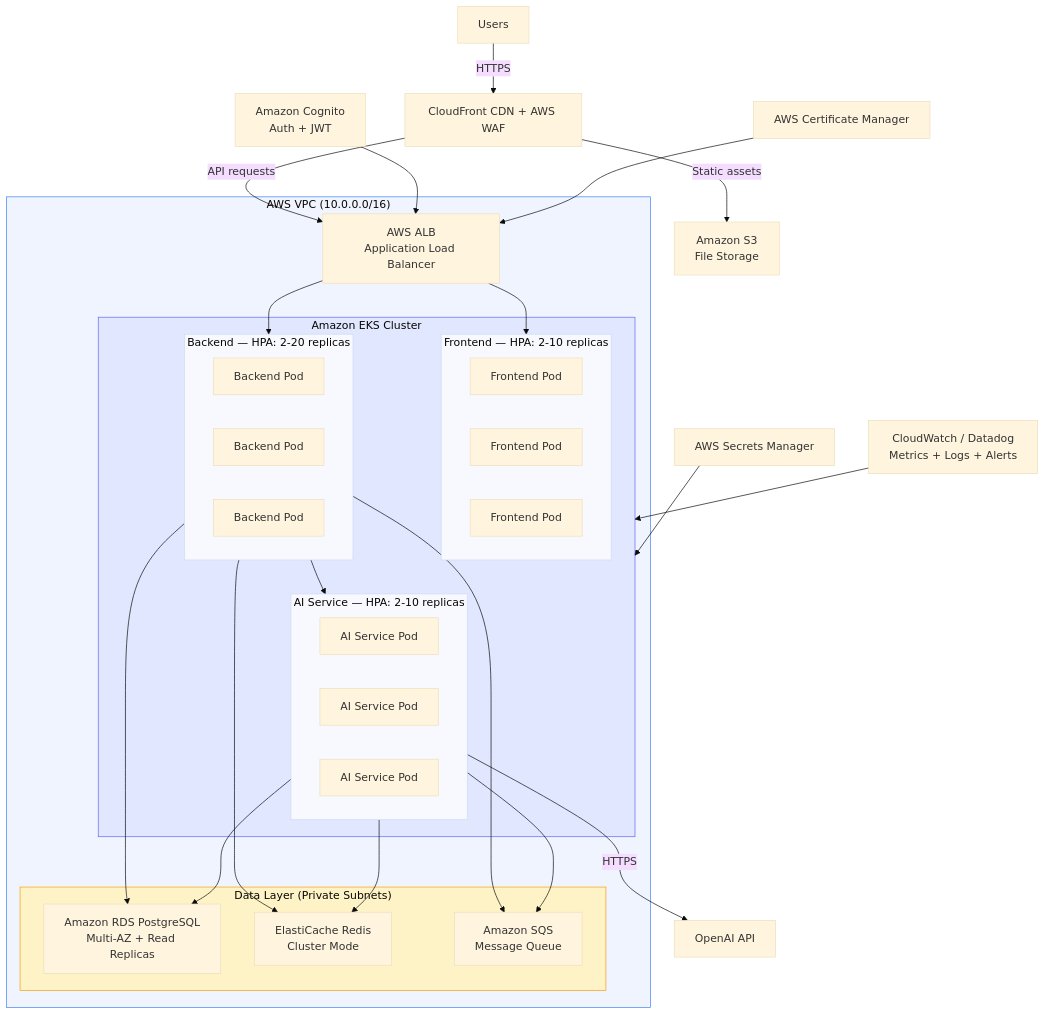
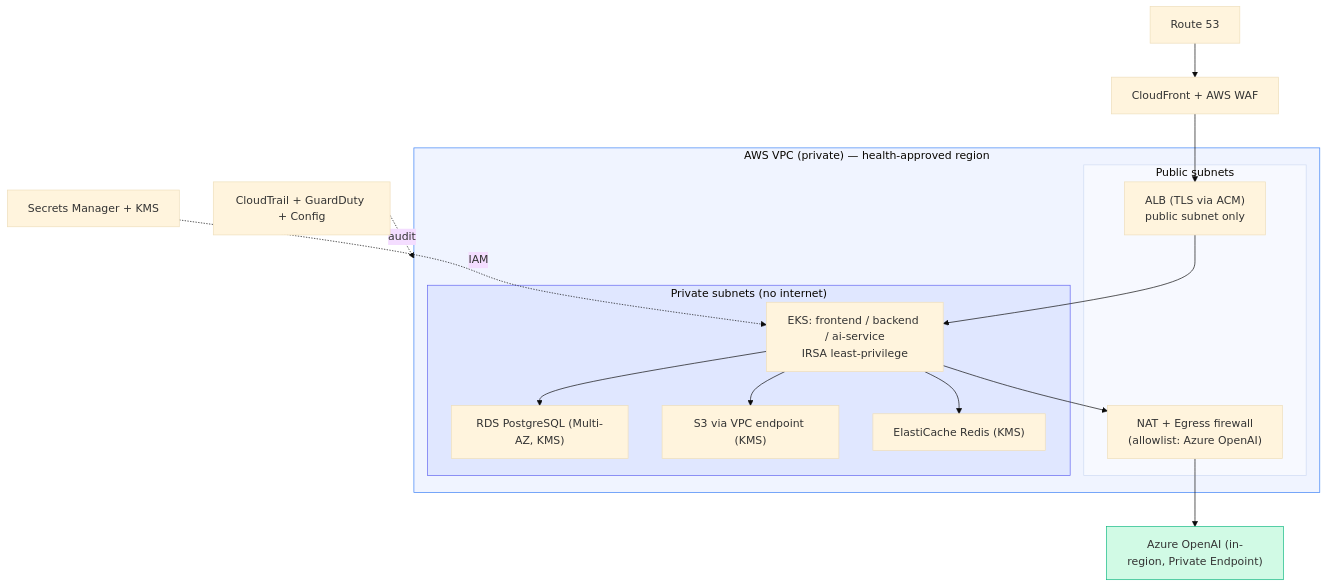
Before and after one commit to shankasf/small_migration: the fifth of 6 diagrams in ARCHITECTURE.md, drawn with Mermaid (base theme). The commit also changed other lines of this file and 1 other file, not shown here.

First line of the commit message:
docs(architecture): Rewrite as NZ-health-compliant secure architecture

````diff
--- a/ARCHITECTURE.md
+++ b/ARCHITECTURE.md
@@ -781,54 +362,31 @@
 ```mermaid
 graph TB
-    User["Users"] -->|HTTPS| CF["CloudFront CDN + AWS WAF"]
-    CF -->|"Static assets"| S3["Amazon S3<br/>File Storage"]
-    CF -->|"API requests"| ALB["AWS ALB<br/>Application Load Balancer"]
+    R53["Route 53"] --> CF["CloudFront + AWS WAF"]
+    CF --> ALB["ALB (TLS via ACM)<br/>public subnet only"]
 
-    subgraph VPC["AWS VPC (10.0.0.0/16)"]
-        subgraph EKS["Amazon EKS Cluster"]
-            subgraph FE_HPA["Frontend — HPA: 2-10 replicas"]
-                FE1["Frontend Pod"]
-                FE2["Frontend Pod"]
-                FEn["Frontend Pod"]
-            end
-            subgraph BE_HPA["Backend — HPA: 2-20 replicas"]
-                BE1["Backend Pod"]
-                BE2["Backend Pod"]
-                BEn["Backend Pod"]
-            end
-            subgraph AI_HPA["AI Service — HPA: 2-10 replicas"]
-                AI1["AI Service Pod"]
-                AI2["AI Service Pod"]
-                AIn["AI Service Pod"]
-            end
+    subgraph VPC["AWS VPC (private) — health-approved region"]
+        subgraph Pub["Public subnets"]
+            ALB
+            NAT["NAT + Egress firewall<br/>(allowlist: Azure OpenAI)"]
         end
-
-        ALB --> FE_HPA
-        ALB --> BE_HPA
-        BE_HPA --> AI_HPA
-
-        subgraph Data["Data Layer (Private Subnets)"]
-            RDS["Amazon RDS PostgreSQL<br/>Multi-AZ + Read Replicas"]
-            Redis["ElastiCache Redis<br/>Cluster Mode"]
-            SQS["Amazon SQS<br/>Message Queue"]
+        subgraph Priv["Private subnets (no internet)"]
+            EKS["EKS: frontend / backend / ai-service<br/>IRSA least-privilege"]
+            RDS["RDS PostgreSQL (Multi-AZ, KMS)"]
+            S3EP["S3 via VPC endpoint (KMS)"]
+            Redis["ElastiCache Redis (KMS)"]
         end
-
-        BE_HPA --> RDS
-        BE_HPA --> Redis
-        BE_HPA --> SQS
-        AI_HPA --> SQS
-        AI_HPA --> Redis
-        AI_HPA --> RDS
+        ALB --> EKS
+        EKS --> RDS
+        EKS --> S3EP
+        EKS --> Redis
+        EKS --> NAT
     end
 
-    AI_HPA -->|HTTPS| OpenAI["OpenAI API"]
-    
-    Cognito["Amazon Cognito<br/>Auth + JWT"] --> ALB
-    SM["AWS Secrets Manager"] --> EKS
-    CW["CloudWatch / Datadog<br/>Metrics + Logs + Alerts"] --> EKS
-    ACM["AWS Certificate Manager"] --> ALB
+    SM["Secrets Manager + KMS"] -. IAM .-> EKS
+    CT["CloudTrail + GuardDuty + Config"] -. audit .-> VPC
+    NAT --> AOAI["Azure OpenAI (in-region, Private Endpoint)"]
 
     style VPC fill:#f0f4ff,stroke:#3b82f6
-    style EKS fill:#e0e7ff,stroke:#6366f1
-    style Data fill:#fef3c7,stroke:#f59e0b
+    style Priv fill:#e0e7ff,stroke:#6366f1
+    style AOAI fill:#d1fae5,stroke:#10b981
 ```
````
